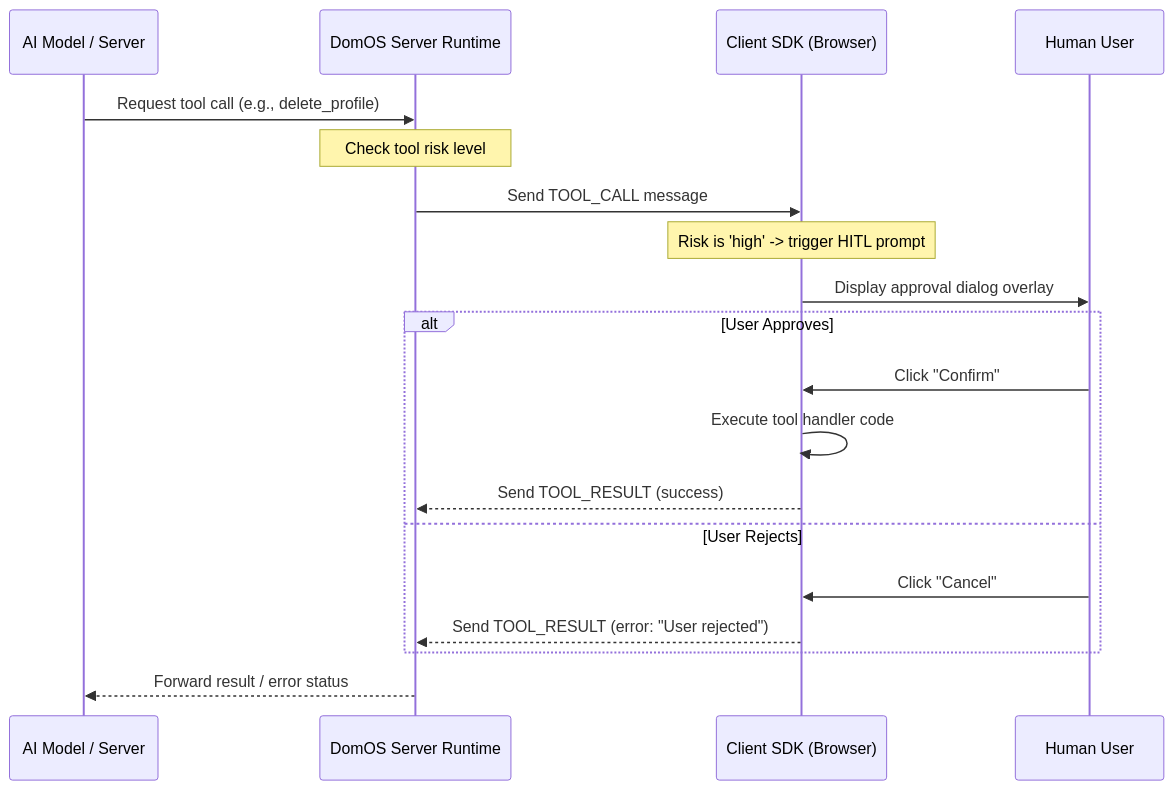
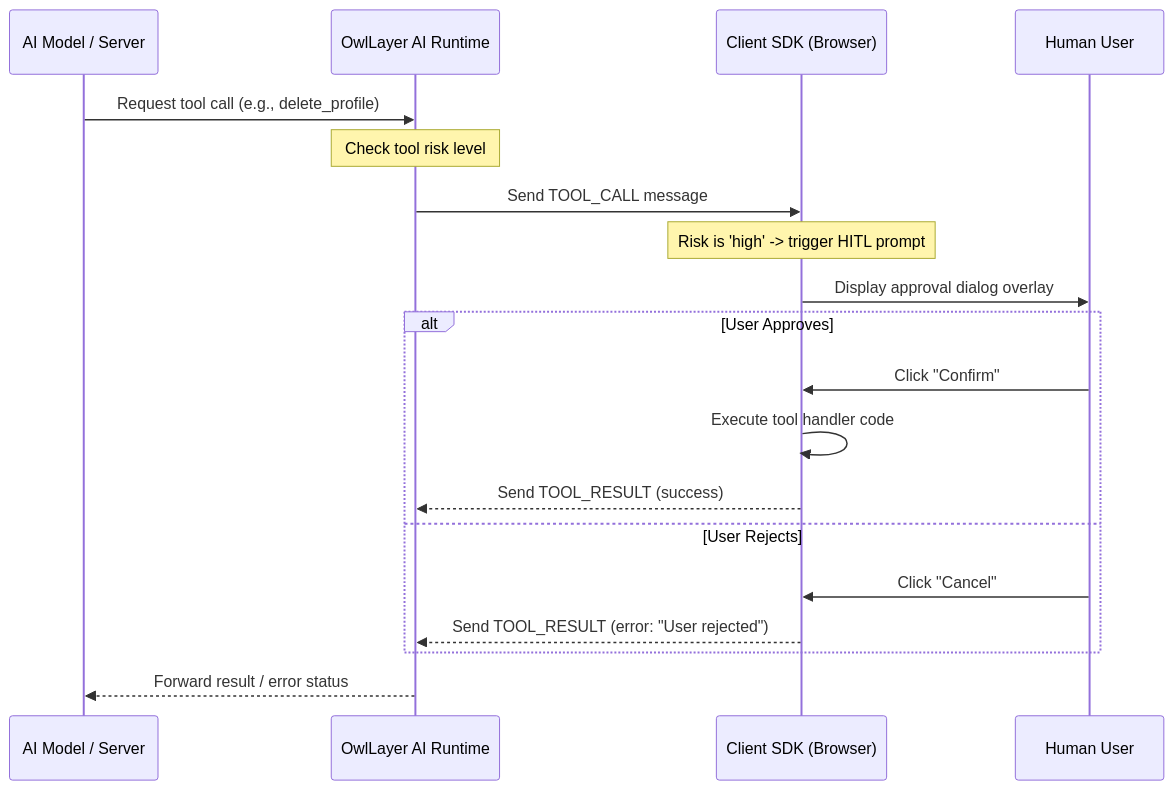
One commit to borisbob91/owllayer changed the diagram in docs-site/security-hitl.md. Above: the diagram before and after it, drawn with Mermaid. The commit also changed other lines of this file and 30 other files, not shown here.

Commit message:
docs(site): migrate documentation site to OwlLayer AI

````diff
--- a/docs-site/security-hitl.md
+++ b/docs-site/security-hitl.md
@@ -11,24 +11,24 @@
 ```mermaid
 sequenceDiagram
     participant LLM as AI Model / Server
-    participant Core as DomOS Server Runtime
+    participant Core as OwlLayer AI Runtime
     participant SDK as Client SDK (Browser)
     participant User as Human User
 
     LLM->>Core: Request tool call (e.g., delete_profile)
     Note over Core: Check tool risk level
     Core->>SDK: Send TOOL_CALL message
     Note over SDK: Risk is 'high' -> trigger HITL prompt
     SDK->>User: Display approval dialog overlay
     
     alt User Approves
         User->>SDK: Click "Confirm"
         SDK->>SDK: Execute tool handler code
         SDK-->>Core: Send TOOL_RESULT (success)
     else User Rejects
         User->>SDK: Click "Cancel"
         SDK-->>Core: Send TOOL_RESULT (error: "User rejected")
     end
 
     Core-->>LLM: Forward result / error status
 ```
````
